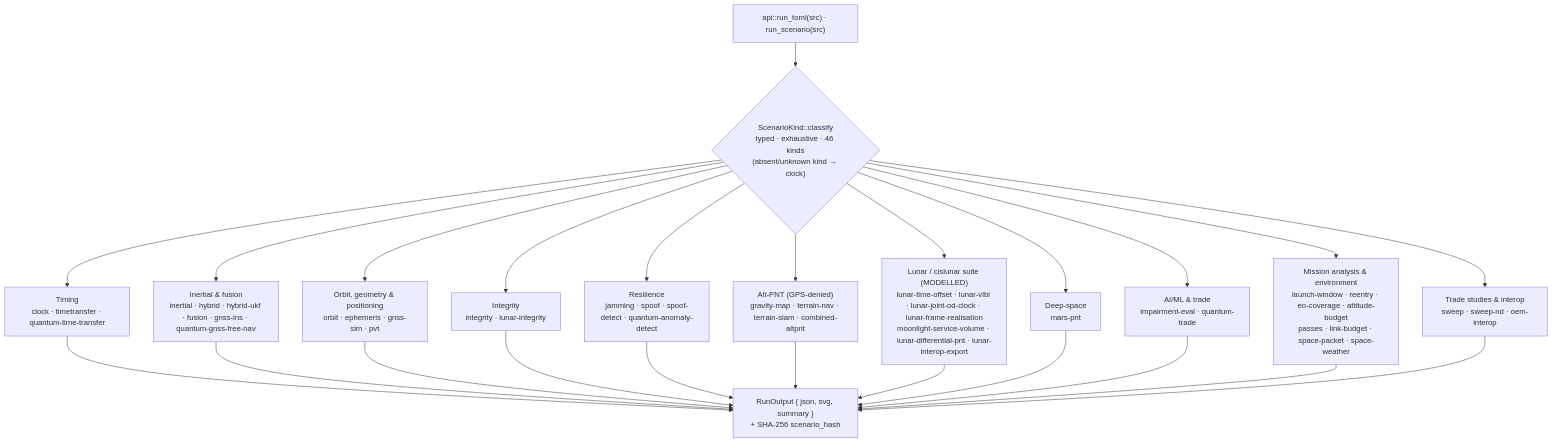
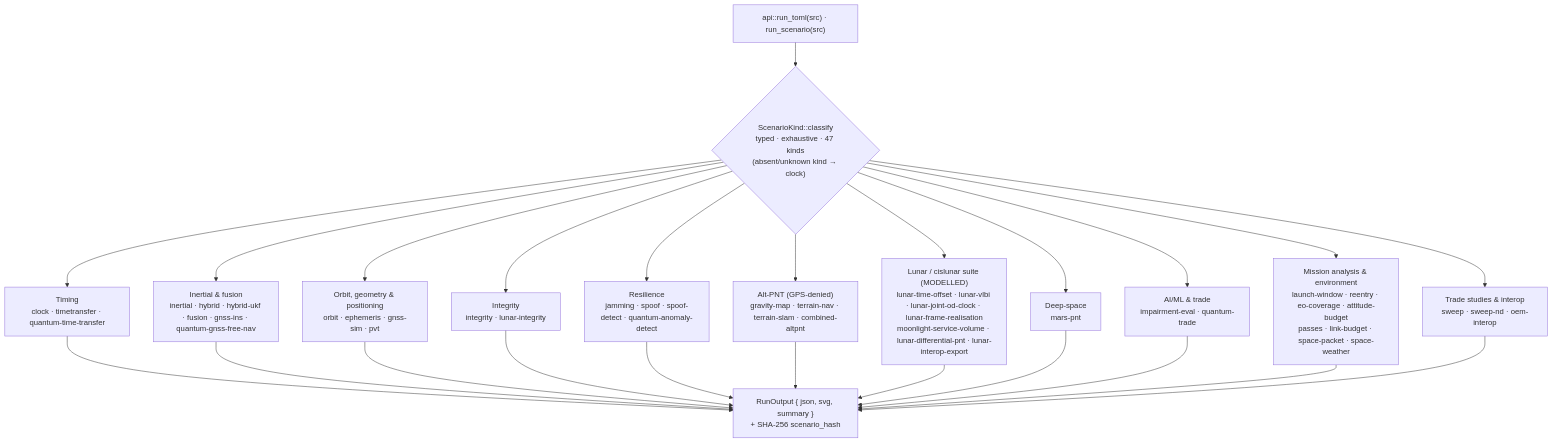
The seventh of 11 diagrams in docs/ARCHITECTURE.md (ashfordeOU/kshana), drawn with Mermaid before and after one commit. The commit also changed other lines of this file and 10 other files, not shown here.

````diff
--- a/docs/ARCHITECTURE.md
+++ b/docs/ARCHITECTURE.md
@@ -406,16 +406,16 @@
 ```mermaid
 flowchart TD
-    F["api::run_toml(src) · run_scenario(src)"] --> K{"ScenarioKind::classify<br/>typed · exhaustive · 46 kinds<br/>(absent/unknown kind → clock)"}
+    F["api::run_toml(src) · run_scenario(src)"] --> K{"ScenarioKind::classify<br/>typed · exhaustive · 47 kinds<br/>(absent/unknown kind → clock)"}
     K --> G1["Timing<br/>clock · timetransfer · quantum-time-transfer"]
     K --> G2["Inertial & fusion<br/>inertial · hybrid · hybrid-ukf · fusion · gnss-ins · quantum-gnss-free-nav"]
     K --> G3["Orbit, geometry & positioning<br/>orbit · ephemeris · gnss-sim · pvt"]
     K --> G4["Integrity<br/>integrity · lunar-integrity"]
     K --> G5["Resilience<br/>jamming · spoof · spoof-detect · quantum-anomaly-detect"]
     K --> G6["Alt-PNT (GPS-denied)<br/>gravity-map · terrain-nav · terrain-slam · combined-altpnt"]
     K --> G7["Lunar / cislunar suite (MODELLED)<br/>lunar-time-offset · lunar-vlbi · lunar-joint-od-clock · lunar-frame-realisation<br/>moonlight-service-volume · lunar-differential-pnt · lunar-interop-export"]
     K --> G8["Deep-space<br/>mars-pnt"]
     K --> G9["AI/ML & trade<br/>impairment-eval · quantum-trade"]
     K --> G10["Mission analysis & environment<br/>launch-window · reentry · eo-coverage · attitude-budget<br/>passes · link-budget · space-packet · space-weather"]
     K --> G11["Trade studies & interop<br/>sweep · sweep-nd · oem-interop"]
     G1 & G2 & G3 & G4 & G5 & G6 & G7 & G8 & G9 & G10 & G11 --> W["RunOutput { json, svg, summary }<br/>+ SHA-256 scenario_hash"]
 ```
````
